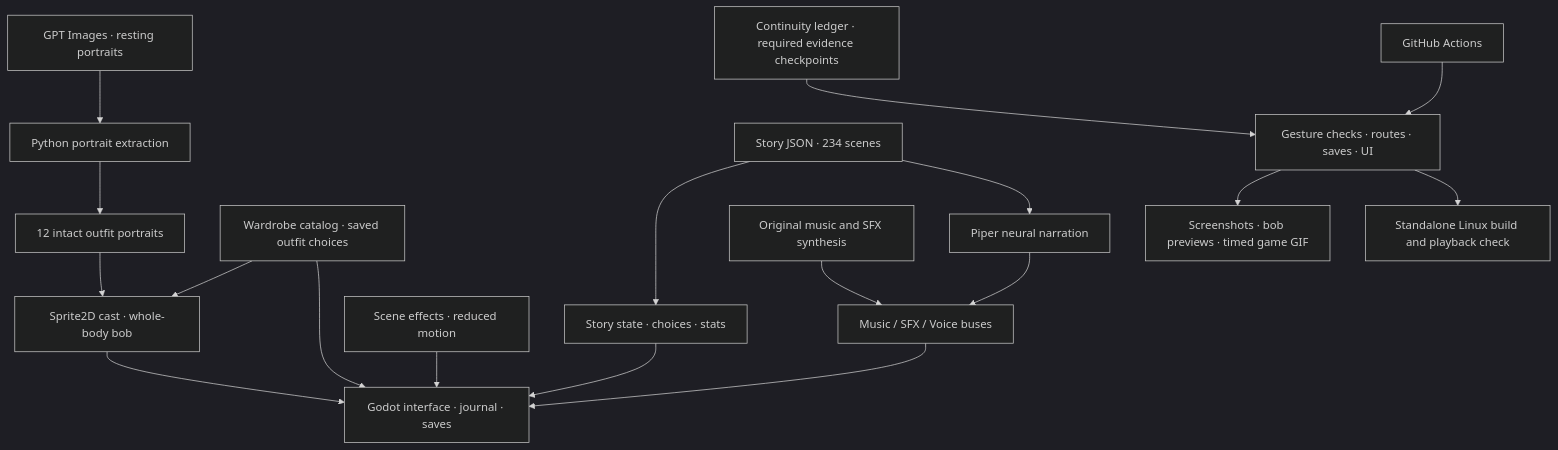
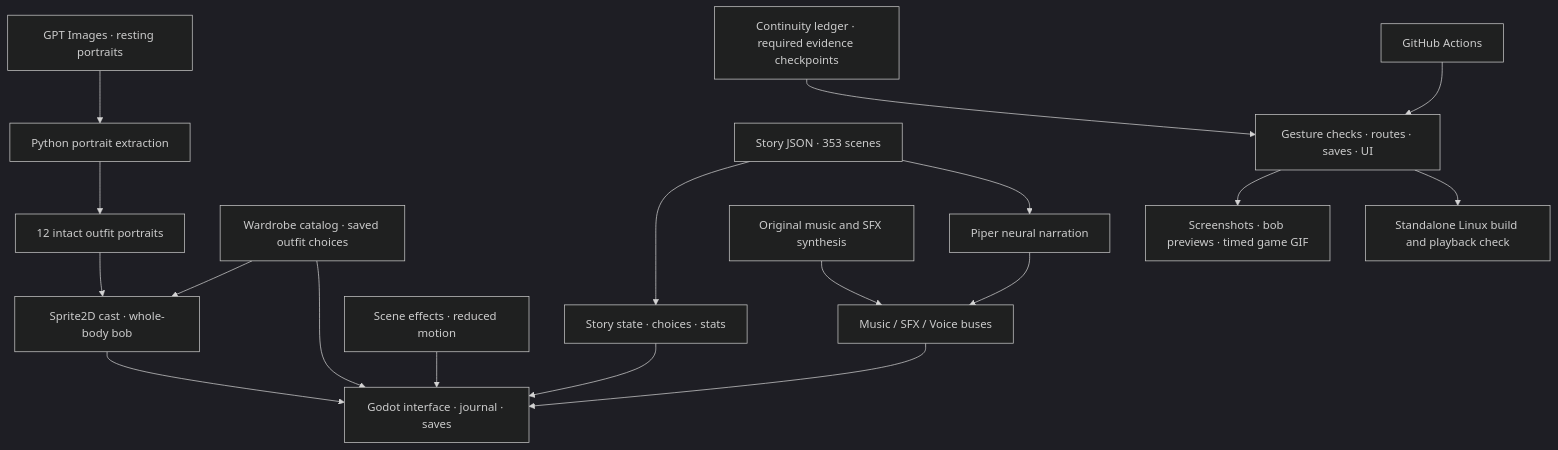
Before and after one commit to jgyy/octxian: the diagram in README.md, drawn with Mermaid (dark theme). The commit also changed other lines of this file and 12 other files, not shown here.

````diff
--- a/README.md
+++ b/README.md
@@ -159,20 +175,20 @@
 ```mermaid
 flowchart TD
     GPT["GPT Images · resting portraits"] --> Prep["Python portrait extraction"]
     Prep --> Portraits["12 intact outfit portraits"]
     Portraits --> Cast["Sprite2D cast · whole-body bob"]
-    JSON["Story JSON · 234 scenes"] --> State["Story state · choices · stats"]
+    JSON["Story JSON · 353 scenes"] --> State["Story state · choices · stats"]
     Canon["Continuity ledger · required evidence checkpoints"] --> Verify
     Effects["Scene effects · reduced motion"] --> UI
     State --> UI["Godot interface · journal · saves"]
     Wardrobe["Wardrobe catalog · saved outfit choices"] --> Cast
     Wardrobe --> UI
     Cast --> UI
     JSON --> Piper["Piper neural narration"]
     Synth["Original music and SFX synthesis"] --> Audio["Music / SFX / Voice buses"]
     Piper --> Audio
     Audio --> UI
     CI["GitHub Actions"] --> Verify["Gesture checks · routes · saves · UI"]
     Verify --> Capture["Screenshots · bob previews · timed game GIF"]
     Verify --> Build["Standalone Linux build and playback check"]
 ```
````
